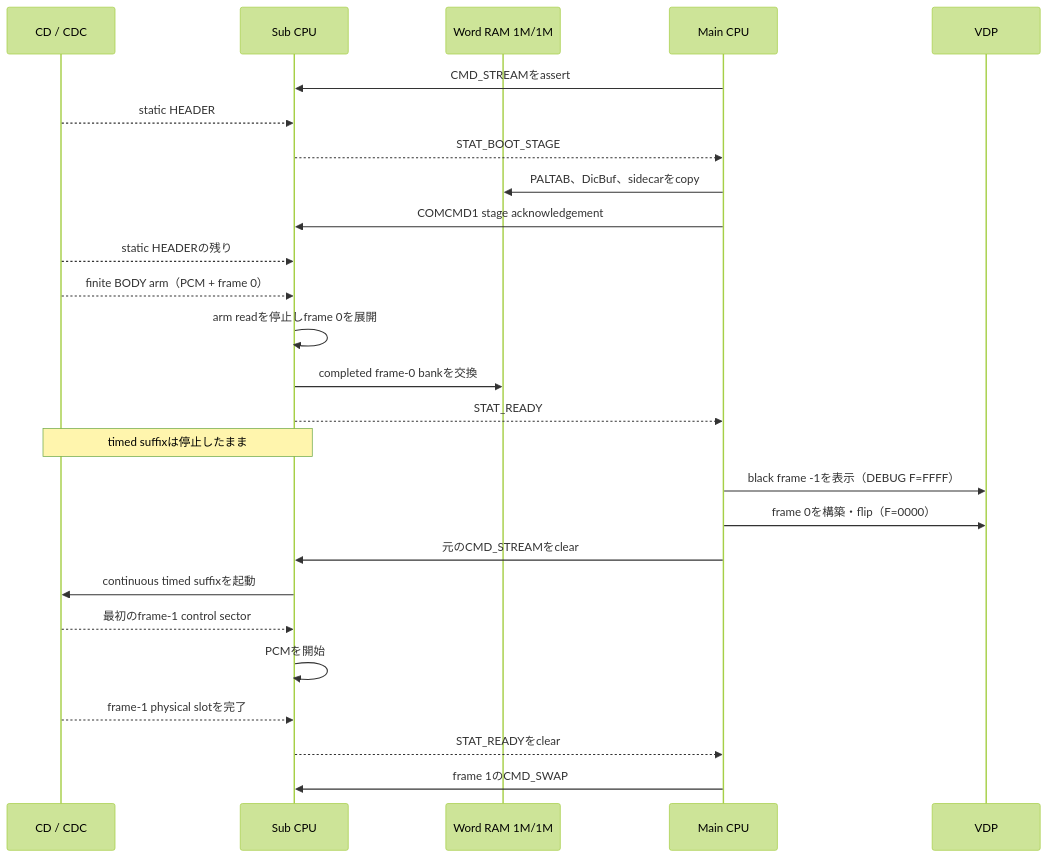
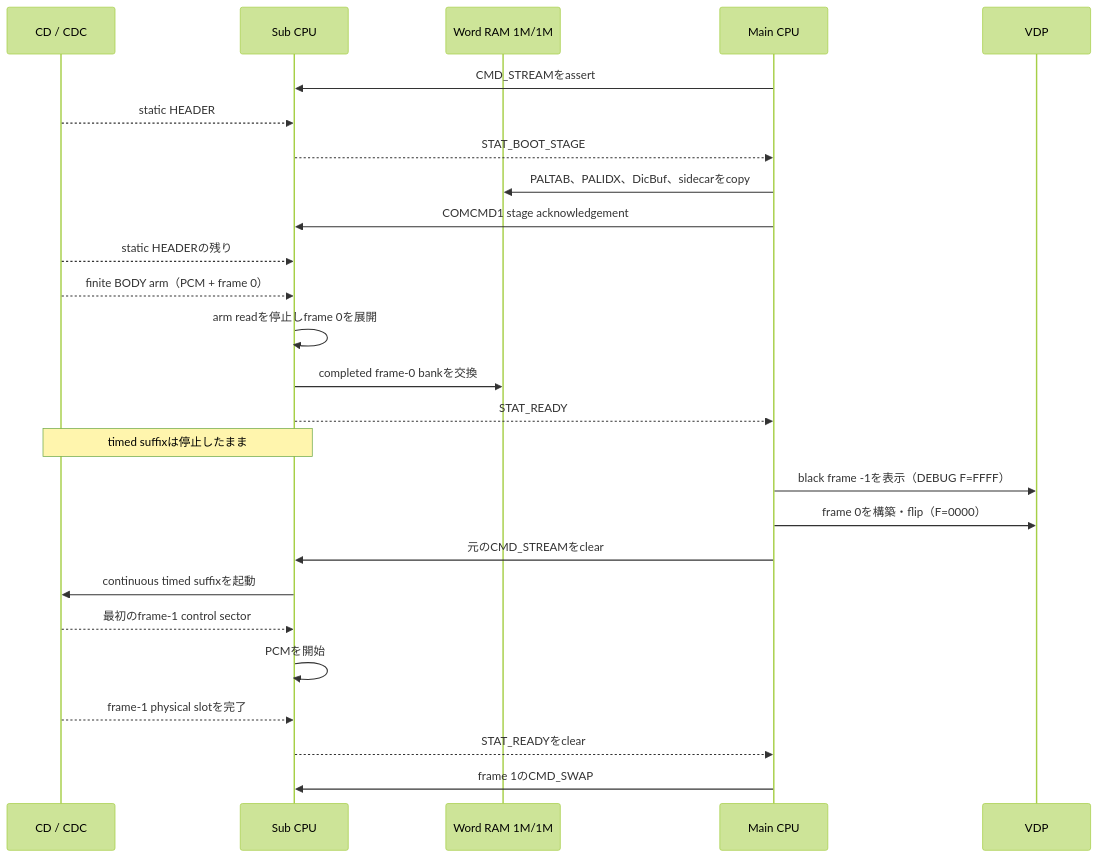
Before and after one commit to akiyan/segacd-fmv-cavc: the third of 4 diagrams in PLAYER.md, drawn with Mermaid (forest theme). The commit also changed other lines of this file and 4 other files, not shown here.

````diff
--- a/PLAYER.md
+++ b/PLAYER.md
@@ -505,29 +511,29 @@
 ```mermaid
 sequenceDiagram
     participant CD as CD / CDC
     participant S as Sub CPU
     participant W as Word RAM 1M/1M
     participant M as Main CPU
     participant V as VDP
 
     M->>S: CMD_STREAMをassert
     CD-->>S: static HEADER
     S-->>M: STAT_BOOT_STAGE
-    M->>W: PALTAB、DicBuf、sidecarをcopy
+    M->>W: PALTAB、PALIDX、DicBuf、sidecarをcopy
     M->>S: COMCMD1 stage acknowledgement
     CD-->>S: static HEADERの残り
     CD-->>S: finite BODY arm（PCM + frame 0）
     S->>S: arm readを停止しframe 0を展開
     S->>W: completed frame-0 bankを交換
     S-->>M: STAT_READY
     Note over S,CD: timed suffixは停止したまま
     M->>V: black frame -1を表示（DEBUG F=FFFF）
     M->>V: frame 0を構築・flip（F=0000）
     M->>S: 元のCMD_STREAMをclear
     S->>CD: continuous timed suffixを起動
     CD-->>S: 最初のframe-1 control sector
     S->>S: PCMを開始
     CD-->>S: frame-1 physical slotを完了
     S-->>M: STAT_READYをclear
     M->>S: frame 1のCMD_SWAP
 ```
````
